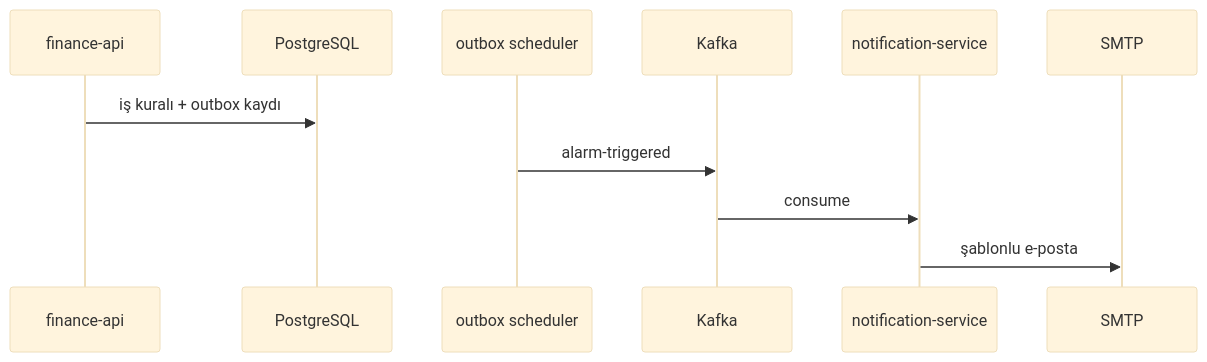
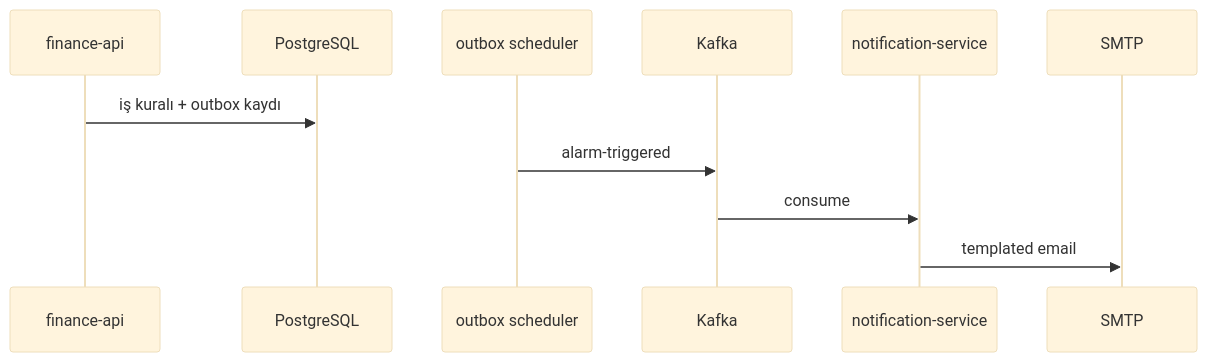
One commit to TaridaG/Toyota-32Bit-Finance-Platform changed the fifth of 6 diagrams in docs/english/services.md. Above: the diagram before and after it, drawn with Mermaid (base theme). The commit also changed 28 other files, not shown here.

````diff
--- a/docs/english/services.md
+++ b/docs/english/services.md
@@ -194,14 +194,14 @@
 ```mermaid
 sequenceDiagram
   participant FA as finance-api
   participant PG as PostgreSQL
   participant OB as outbox scheduler
   participant KF as Kafka
   participant NOTIF as notification-service
   participant SMTP as SMTP
 
   FA->>PG: iş kuralı + outbox kaydı
   OB->>KF: alarm-triggered
   KF->>NOTIF: consume
-  NOTIF->>SMTP: şablonlu e-posta
+  NOTIF->>SMTP: templated email
 ```
````
